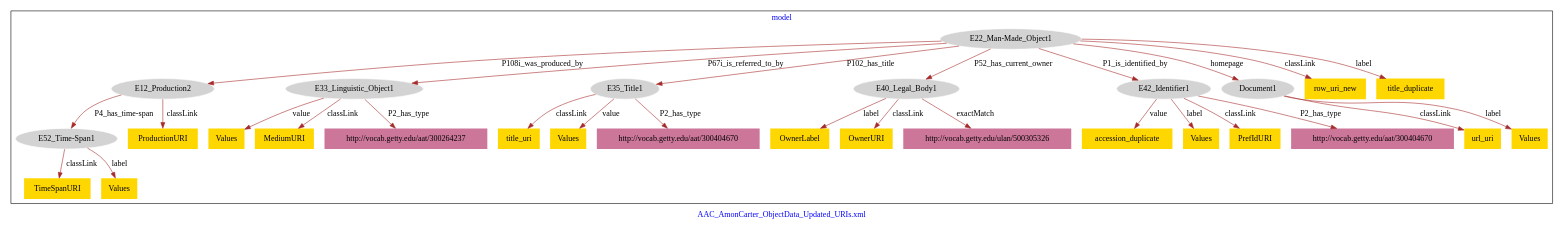
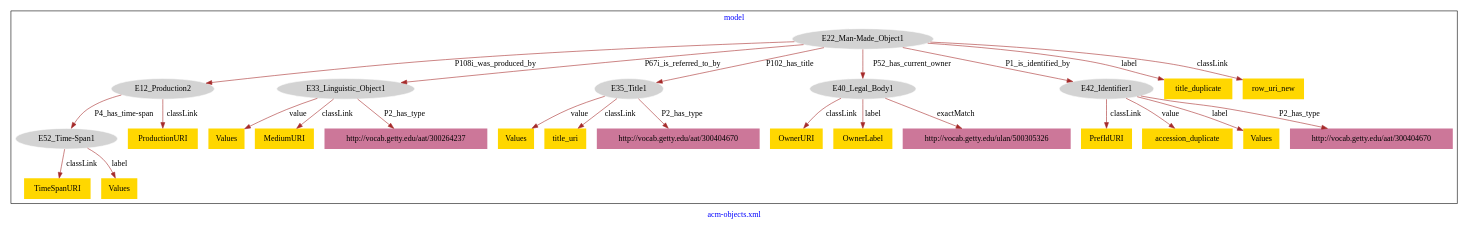
One commit to american-art/acm changed the diagram in acm-objects/acm-objects-model.dot. Above: the diagram before and after it, drawn with Graphviz.

Commit message:
Update file acm-objects-model.dot

```diff
--- a/acm-objects/acm-objects-model.dot
+++ b/acm-objects/acm-objects-model.dot
@@ -1,63 +1,57 @@
 digraph n0 {
 fontcolor="blue"
 remincross="true"
-label="AAC_AmonCarter_ObjectData_Updated_URIs.xml"
+label="acm-objects.xml"
 subgraph cluster {
 label="model"
 n2[style="filled",color="white",fillcolor="lightgray",label="E12_Production2"];
 n3[style="filled",color="white",fillcolor="lightgray",label="E52_Time-Span1"];
 n4[style="filled",color="white",fillcolor="lightgray",label="E22_Man-Made_Object1"];
 n5[style="filled",color="white",fillcolor="lightgray",label="E33_Linguistic_Object1"];
 n6[style="filled",color="white",fillcolor="lightgray",label="E35_Title1"];
 n7[style="filled",color="white",fillcolor="lightgray",label="E40_Legal_Body1"];
 n8[style="filled",color="white",fillcolor="lightgray",label="E42_Identifier1"];
-n9[style="filled",color="white",fillcolor="lightgray",label="Document1"];
+n9[shape="plaintext",style="filled",fillcolor="gold",label="OwnerURI"];
 n10[shape="plaintext",style="filled",fillcolor="gold",label="OwnerLabel"];
-n11[shape="plaintext",style="filled",fillcolor="gold",label="url_uri"];
-n12[shape="plaintext",style="filled",fillcolor="gold",label="Values"];
-n13[shape="plaintext",style="filled",fillcolor="gold",label="TimeSpanURI"];
-n14[shape="plaintext",style="filled",fillcolor="gold",label="title_uri"];
-n15[shape="plaintext",style="filled",fillcolor="gold",label="accession_duplicate"];
+n11[shape="plaintext",style="filled",fillcolor="gold",label="ProductionURI"];
+n12[shape="plaintext",style="filled",fillcolor="gold",label="TimeSpanURI"];
+n13[shape="plaintext",style="filled",fillcolor="gold",label="Values"];
+n14[shape="plaintext",style="filled",fillcolor="gold",label="Values"];
+n15[shape="plaintext",style="filled",fillcolor="gold",label="PrefIdURI"];
 n16[shape="plaintext",style="filled",fillcolor="gold",label="Values"];
-n17[shape="plaintext",style="filled",fillcolor="gold",label="row_uri_new"];
-n18[shape="plaintext",style="filled",fillcolor="gold",label="PrefIdURI"];
-n19[shape="plaintext",style="filled",fillcolor="gold",label="Values"];
-n20[shape="plaintext",style="filled",fillcolor="gold",label="Values"];
-n21[shape="plaintext",style="filled",fillcolor="gold",label="title_duplicate"];
-n22[shape="plaintext",style="filled",fillcolor="gold",label="MediumURI"];
-n23[shape="plaintext",style="filled",fillcolor="gold",label="Values"];
-n24[shape="plaintext",style="filled",fillcolor="gold",label="OwnerURI"];
-n25[shape="plaintext",style="filled",fillcolor="gold",label="ProductionURI"];
-n26[shape="plaintext",style="filled",fillcolor="#CC7799",label="http://vocab.getty.edu/aat/300404670"];
-n27[shape="plaintext",style="filled",fillcolor="#CC7799",label="http://vocab.getty.edu/ulan/500305326"];
-n28[shape="plaintext",style="filled",fillcolor="#CC7799",label="http://vocab.getty.edu/aat/300404670"];
-n29[shape="plaintext",style="filled",fillcolor="#CC7799",label="http://vocab.getty.edu/aat/300264237"];
+n17[shape="plaintext",style="filled",fillcolor="gold",label="title_duplicate"];
+n18[shape="plaintext",style="filled",fillcolor="gold",label="accession_duplicate"];
+n19[shape="plaintext",style="filled",fillcolor="gold",label="MediumURI"];
+n20[shape="plaintext",style="filled",fillcolor="gold",label="row_uri_new"];
+n21[shape="plaintext",style="filled",fillcolor="gold",label="title_uri"];
+n22[shape="plaintext",style="filled",fillcolor="gold",label="Values"];
+n23[shape="plaintext",style="filled",fillcolor="#CC7799",label="http://vocab.getty.edu/aat/300404670"];
+n24[shape="plaintext",style="filled",fillcolor="#CC7799",label="http://vocab.getty.edu/aat/300404670"];
+n25[shape="plaintext",style="filled",fillcolor="#CC7799",label="http://vocab.getty.edu/ulan/500305326"];
+n26[shape="plaintext",style="filled",fillcolor="#CC7799",label="http://vocab.getty.edu/aat/300264237"];
 }
 n2 -> n3[color="brown",fontcolor="black",label="P4_has_time-span"]
 n4 -> n2[color="brown",fontcolor="black",label="P108i_was_produced_by"]
 n4 -> n5[color="brown",fontcolor="black",label="P67i_is_referred_to_by"]
 n4 -> n6[color="brown",fontcolor="black",label="P102_has_title"]
 n4 -> n7[color="brown",fontcolor="black",label="P52_has_current_owner"]
 n4 -> n8[color="brown",fontcolor="black",label="P1_is_identified_by"]
-n4 -> n9[color="brown",fontcolor="black",label="homepage"]
+n7 -> n9[color="brown",fontcolor="black",label="classLink"]
 n7 -> n10[color="brown",fontcolor="black",label="label"]
-n9 -> n11[color="brown",fontcolor="black",label="classLink"]
-n9 -> n12[color="brown",fontcolor="black",label="label"]
-n3 -> n13[color="brown",fontcolor="black",label="classLink"]
-n6 -> n14[color="brown",fontcolor="black",label="classLink"]
-n8 -> n15[color="brown",fontcolor="black",label="value"]
-n8 -> n16[color="brown",fontcolor="black",label="label"]
-n4 -> n17[color="brown",fontcolor="black",label="classLink"]
-n8 -> n18[color="brown",fontcolor="black",label="classLink"]
-n5 -> n19[color="brown",fontcolor="black",label="value"]
-n3 -> n20[color="brown",fontcolor="black",label="label"]
-n4 -> n21[color="brown",fontcolor="black",label="label"]
-n5 -> n22[color="brown",fontcolor="black",label="classLink"]
-n6 -> n23[color="brown",fontcolor="black",label="value"]
-n7 -> n24[color="brown",fontcolor="black",label="classLink"]
-n2 -> n25[color="brown",fontcolor="black",label="classLink"]
-n6 -> n26[color="brown",fontcolor="black",label="P2_has_type"]
-n7 -> n27[color="brown",fontcolor="black",label="exactMatch"]
-n8 -> n28[color="brown",fontcolor="black",label="P2_has_type"]
-n5 -> n29[color="brown",fontcolor="black",label="P2_has_type"]
+n2 -> n11[color="brown",fontcolor="black",label="classLink"]
+n3 -> n12[color="brown",fontcolor="black",label="classLink"]
+n6 -> n13[color="brown",fontcolor="black",label="value"]
+n3 -> n14[color="brown",fontcolor="black",label="label"]
+n8 -> n15[color="brown",fontcolor="black",label="classLink"]
+n5 -> n16[color="brown",fontcolor="black",label="value"]
+n4 -> n17[color="brown",fontcolor="black",label="label"]
+n8 -> n18[color="brown",fontcolor="black",label="value"]
+n5 -> n19[color="brown",fontcolor="black",label="classLink"]
+n4 -> n20[color="brown",fontcolor="black",label="classLink"]
+n6 -> n21[color="brown",fontcolor="black",label="classLink"]
+n8 -> n22[color="brown",fontcolor="black",label="label"]
+n8 -> n23[color="brown",fontcolor="black",label="P2_has_type"]
+n6 -> n24[color="brown",fontcolor="black",label="P2_has_type"]
+n7 -> n25[color="brown",fontcolor="black",label="exactMatch"]
+n5 -> n26[color="brown",fontcolor="black",label="P2_has_type"]
 }
```
